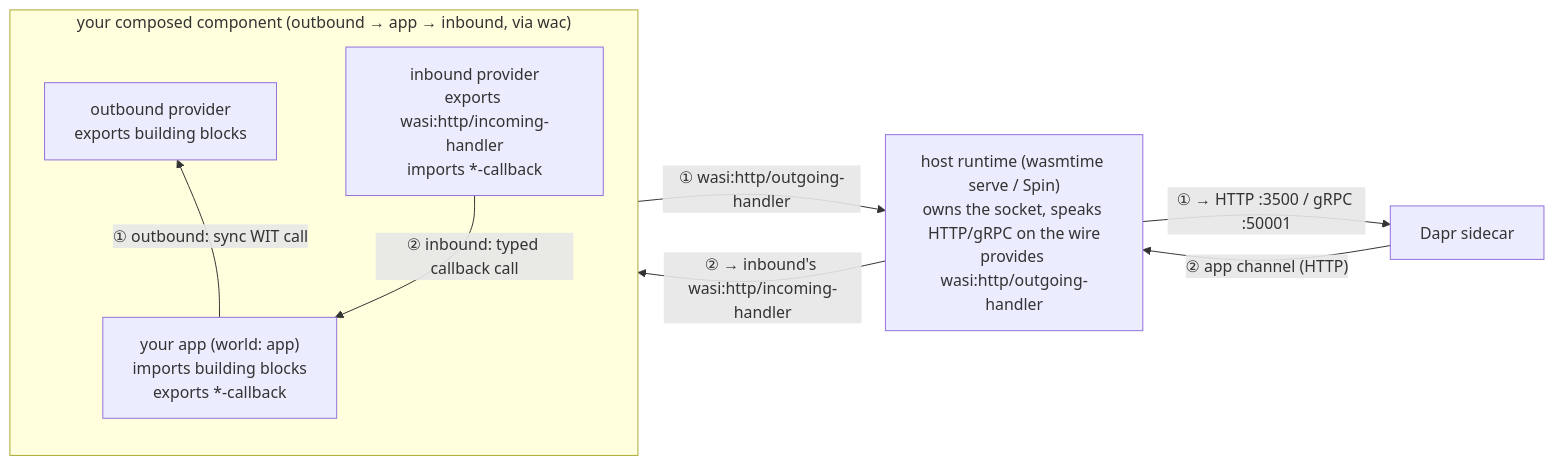
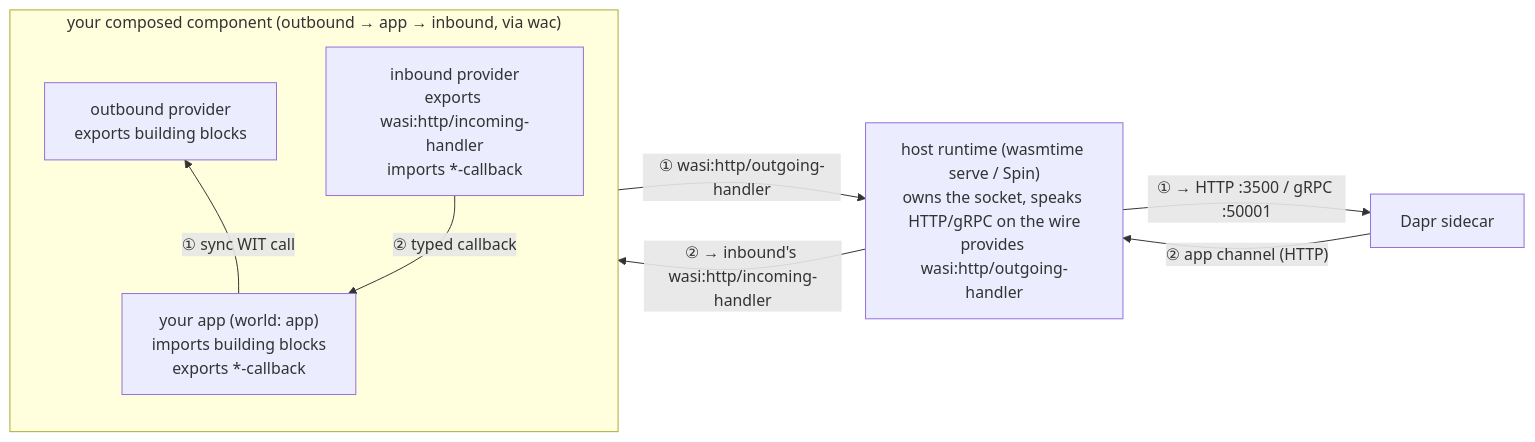
One commit to sideeffffect/dapr-wasm-components changed the diagram in README.md. Above: the diagram before and after it, drawn with Mermaid.

Commit message:
README: shorten the two in-box edge labels so they stop overlapping
The "outbound: sync WIT call" and "inbound: typed callback call" labels piled
on top of each other (and the inbound-provider box) in the gap between the
providers and the app. The ①/② markers already encode the direction, so drop
the redundant "outbound:"/"inbound:" words — single-line labels now clear.

````diff
--- a/README.md
+++ b/README.md
@@ -58,23 +58,23 @@
 ```mermaid
 flowchart LR
     sidecar["Dapr sidecar"]
     host["host runtime (wasmtime serve / Spin)<br/>owns the socket, speaks HTTP/gRPC on the wire<br/>provides wasi:http/outgoing-handler"]
 
     subgraph composed["your composed component (outbound → app → inbound, via wac)"]
         direction TB
         outbound["outbound provider<br/>exports building blocks"]
         inbound["inbound provider<br/>exports wasi:http/incoming-handler<br/>imports *-callback"]
         app["your app (world: app)<br/>imports building blocks<br/>exports *-callback"]
     end
 
     %% invisible rank hints keep the order sidecar → host → providers → app
     host ~~~ outbound
     outbound ~~~ app
 
-    app -- "① outbound: sync WIT call" --> outbound
+    app -- "① sync WIT call" --> outbound
     outbound -- "① wasi:http/outgoing-handler" --> host
     host -- "① → HTTP :3500 / gRPC :50001" --> sidecar
     sidecar -- "② app channel (HTTP)" --> host
     host -- "② → inbound's wasi:http/incoming-handler" --> inbound
-    inbound -- "② inbound: typed callback call" --> app
+    inbound -- "② typed callback" --> app
 ```
````
